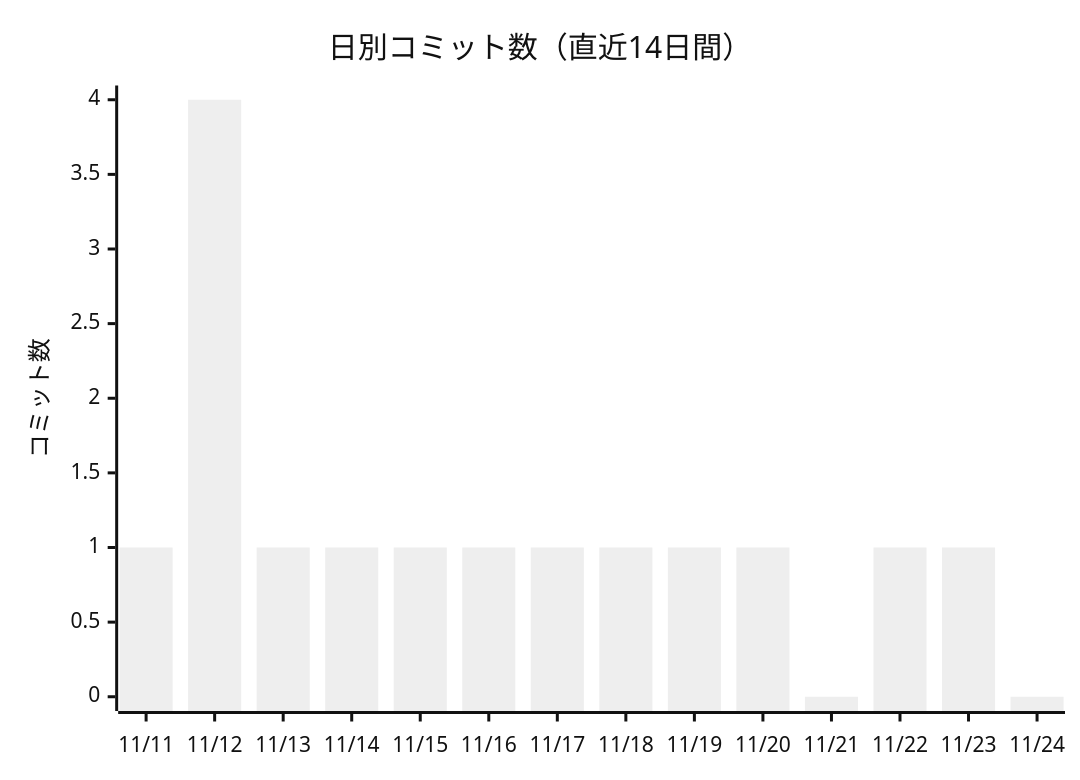
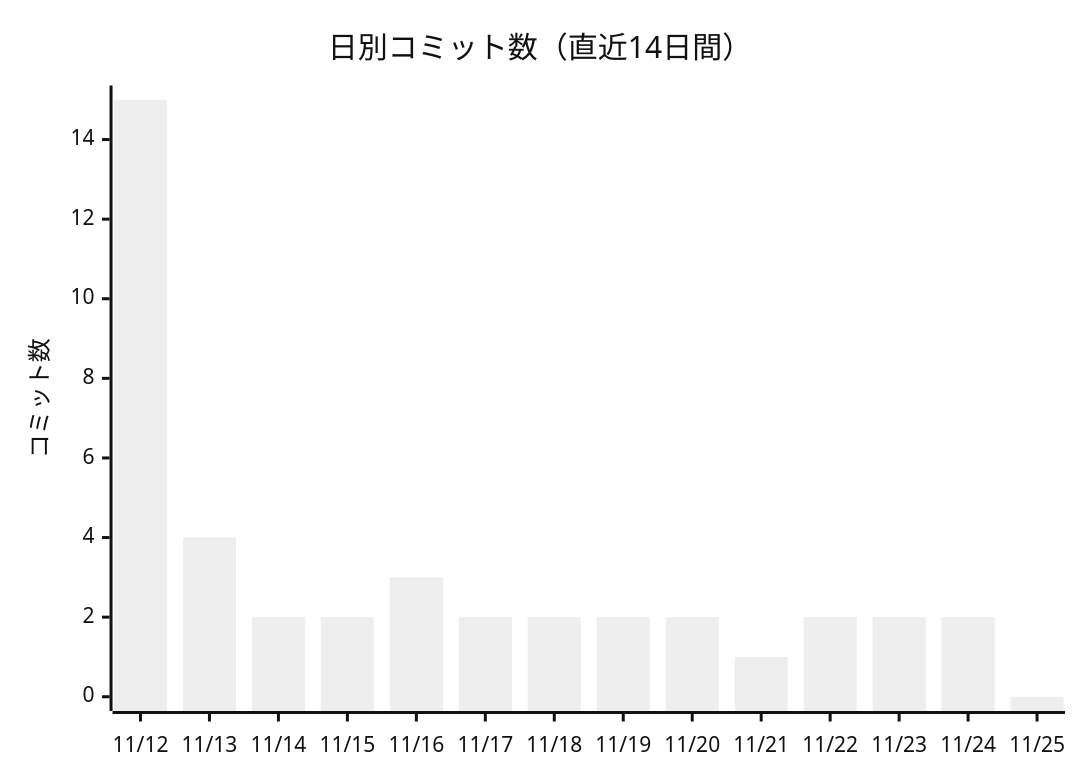
One commit to non-x2/non-x2 changed the first of 2 diagrams in docs/進化レポート.md. Above: the diagram before and after it, drawn with Mermaid (neutral theme). The commit also changed other lines of this file and 1 other file, not shown here.

````diff
--- a/docs/進化レポート.md
+++ b/docs/進化レポート.md
@@ -25,7 +25,7 @@
 ```mermaid
 xychart-beta
     title "日別コミット数（直近14日間）"
-    x-axis ["11/11", "11/12", "11/13", "11/14", "11/15", "11/16", "11/17", "11/18", "11/19", "11/20", "11/21", "11/22", "11/23", "11/24"]
+    x-axis ["11/12", "11/13", "11/14", "11/15", "11/16", "11/17", "11/18", "11/19", "11/20", "11/21", "11/22", "11/23", "11/24", "11/25"]
     y-axis "コミット数"
-    bar [1, 4, 1, 1, 1, 1, 1, 1, 1, 1, 0, 1, 1, 0]
+    bar [15, 4, 2, 2, 3, 2, 2, 2, 2, 1, 2, 2, 2, 0]
 ```
````
